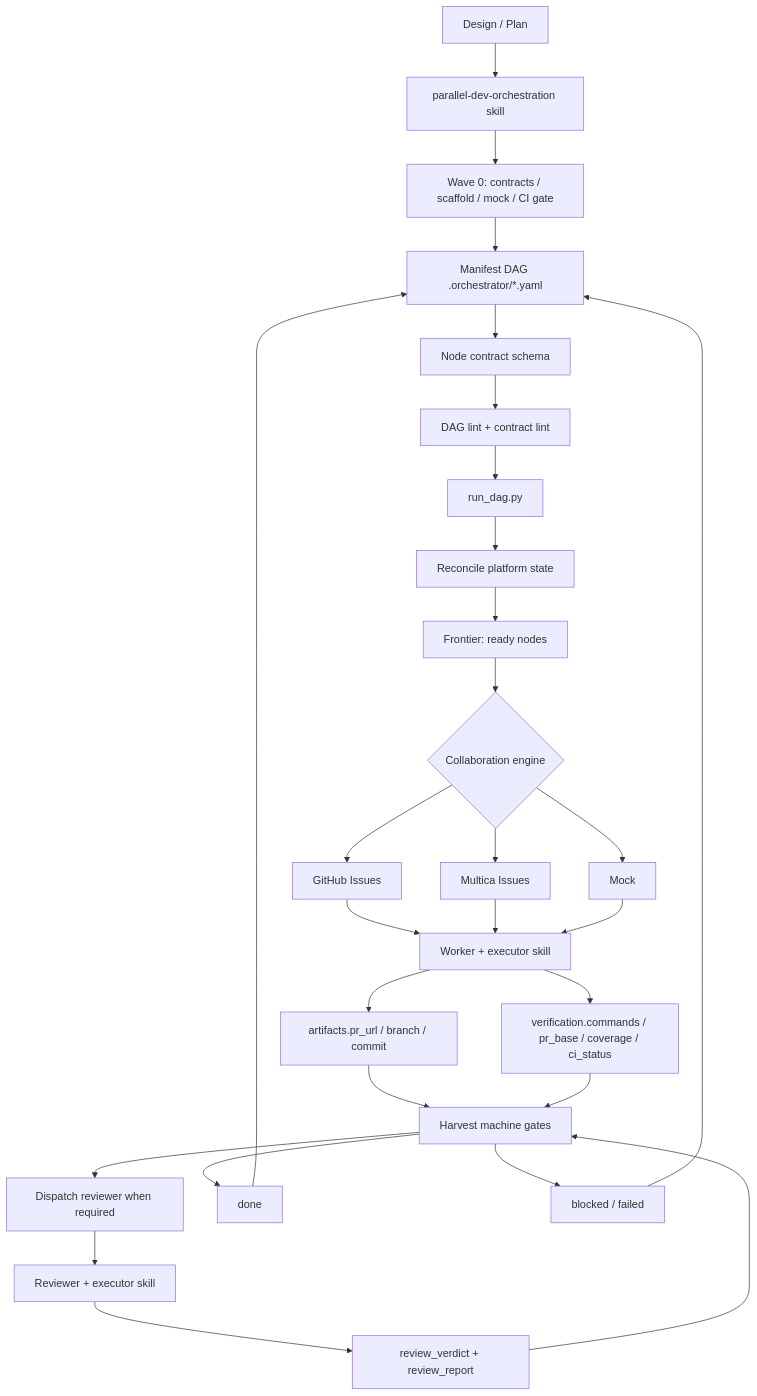
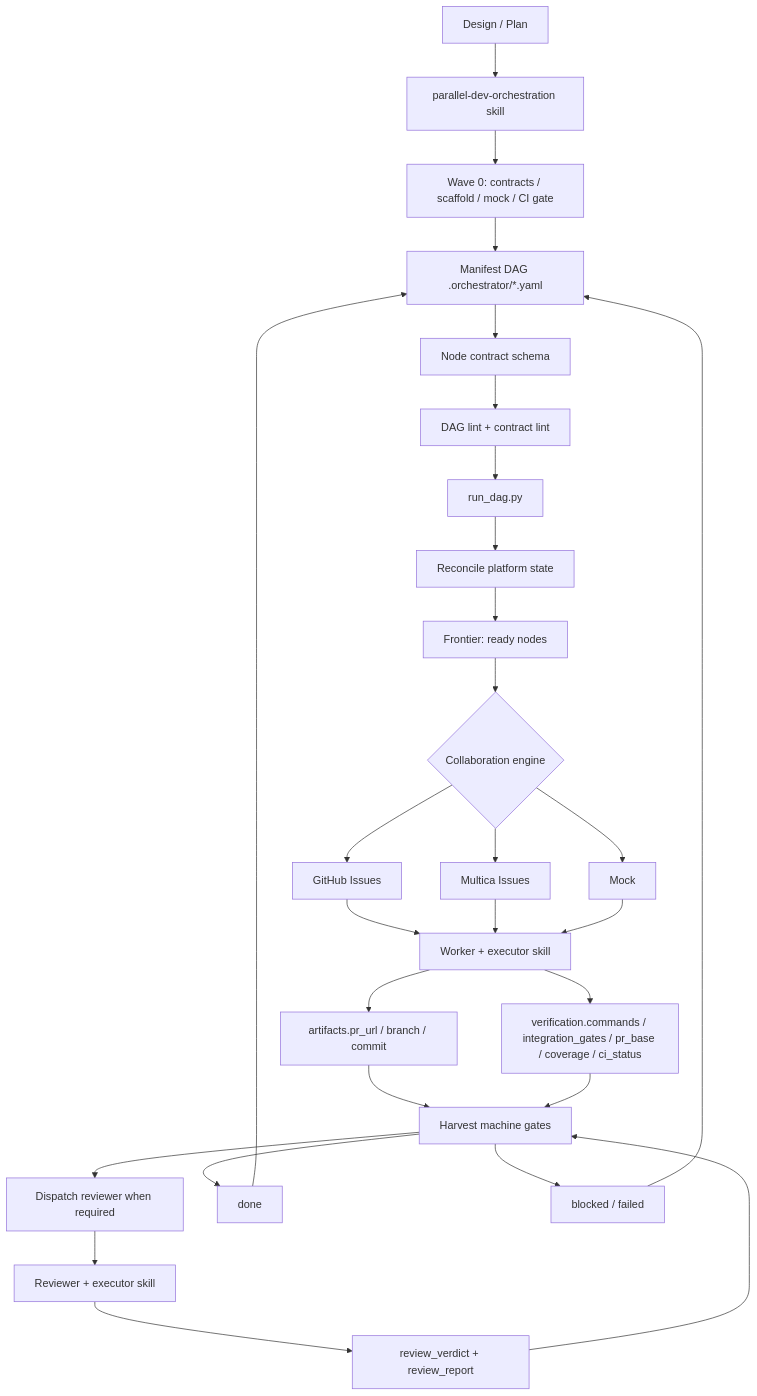
The diagram in README.md (xiaohei-info/oh-my-multica), drawn with Mermaid before and after one commit. The commit also changed other lines of this file and 11 other files, not shown here.

````diff
--- a/README.md
+++ b/README.md
@@ -365,34 +383,34 @@
 ```mermaid
 flowchart TD
     Plan[Design / Plan] --> Orchestrator[parallel-dev-orchestration skill]
     Orchestrator --> Wave0[Wave 0: contracts / scaffold / mock / CI gate]
     Wave0 --> Manifest[Manifest DAG .orchestrator/*.yaml]
     Manifest --> Contract[Node contract schema]
     Contract --> Lint[DAG lint + contract lint]
     Lint --> Engine[run_dag.py]
 
     Engine --> Reconcile[Reconcile platform state]
     Reconcile --> Frontier[Frontier: ready nodes]
     Frontier --> Adapter{Collaboration engine}
     Adapter --> Mock[Mock]
     Adapter --> GitHub[GitHub Issues]
     Adapter --> Multica[Multica Issues]
 
     GitHub --> Worker[Worker + executor skill]
     Multica --> Worker
     Mock --> Worker
     Worker --> Artifacts[artifacts.pr_url / branch / commit]
-    Worker --> Verification[verification.commands / pr_base / coverage / ci_status]
+    Worker --> Verification[verification.commands / integration_gates / pr_base / coverage / ci_status]
     Artifacts --> Harvest[Harvest machine gates]
     Verification --> Harvest
 
     Harvest --> ReviewDispatch[Dispatch reviewer when required]
     ReviewDispatch --> Reviewer[Reviewer + executor skill]
     Reviewer --> Report[review_verdict + review_report]
     Report --> Harvest
 
     Harvest --> Done[done]
     Harvest --> Blocked[blocked / failed]
     Done --> Manifest
     Blocked --> Manifest
 ```
````
